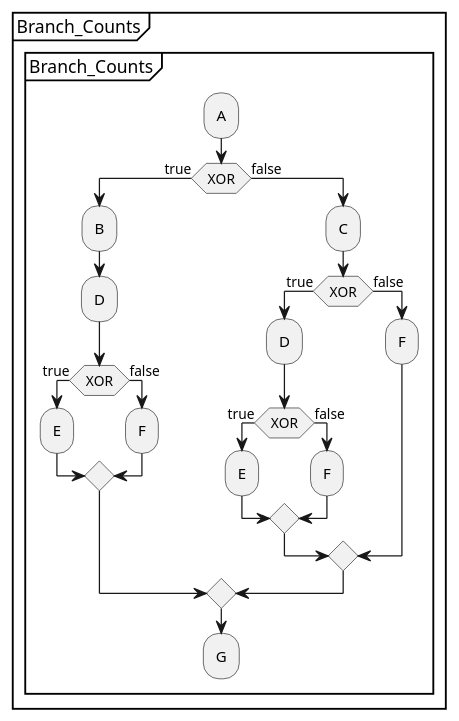
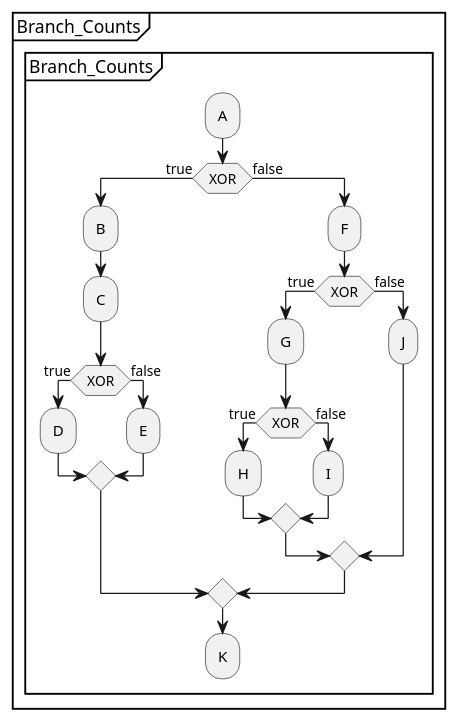
The diagram in puml_files/complicated_test.puml (xtuml/otel2puml), drawn with PlantUML before and after one commit. The commit also changed 7 other files, not shown here.

```diff
--- a/puml_files/complicated_test.puml
+++ b/puml_files/complicated_test.puml
@@ -1,29 +1,29 @@
 @startuml
     partition "Branch_Counts" {
         group "Branch_Counts"
             :A;
             if (XOR) then (true)
                 :B;
-                :D;
-                if (XOR) then (true)
-                    :E;
-                else (false)
-                    :F;
-                endif
-            else (false)
                 :C;
                 if (XOR) then (true)
                     :D;
+                else (false)
+                    :E;
+                endif
+            else (false)
+                :F;
+                if (XOR) then (true)
+                    :G;
                     if (XOR) then (true)
-                        :E;
+                        :H;
                     else (false)
-                        :F;
+                        :I;
                     endif
                 else (false)
-                    :F;
+                    :J;
                 endif
             endif
-            :G;
+            :K;
         end group
     }
 @enduml
```
